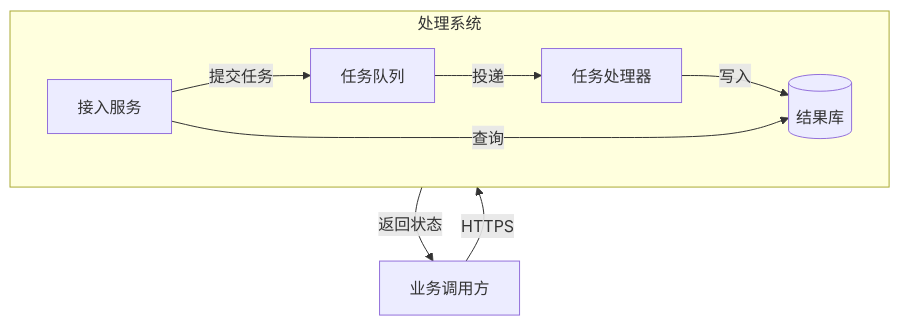
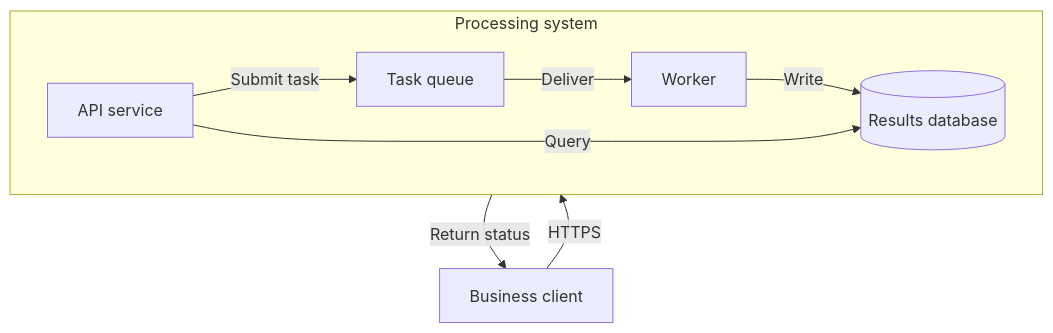
Before and after one commit to def-peter/fuxian: the diagram in skills/fuxian-diagram/references/mermaid/architecture-deployment.md, drawn with Mermaid. The commit also changed other lines of this file and 43 other files, not shown here.

Commit message:
feat(skills): internationalize diagram guides and expand type selection

````diff
--- a/skills/fuxian-diagram/references/mermaid/architecture-deployment.md
+++ b/skills/fuxian-diagram/references/mermaid/architecture-deployment.md
@@ -7,11 +7,11 @@
 ```mermaid
 flowchart TB
-  user["业务调用方"] -->|HTTPS| processing
-  subgraph processing["处理系统"]
-    api["接入服务"] -->|提交任务| queue["任务队列"]
-    queue -->|投递| worker["任务处理器"]
-    worker -->|写入| database[("结果库")]
-    api -->|查询| database
+  user["Business client"] -->|HTTPS| processing
+  subgraph processing["Processing system"]
+    api["API service"] -->|Submit task| queue["Task queue"]
+    queue -->|Deliver| worker["Worker"]
+    worker -->|Write| database[("Results database")]
+    api -->|Query| database
   end
-  processing -->|返回状态| user
+  processing -->|Return status| user
 ```
````
